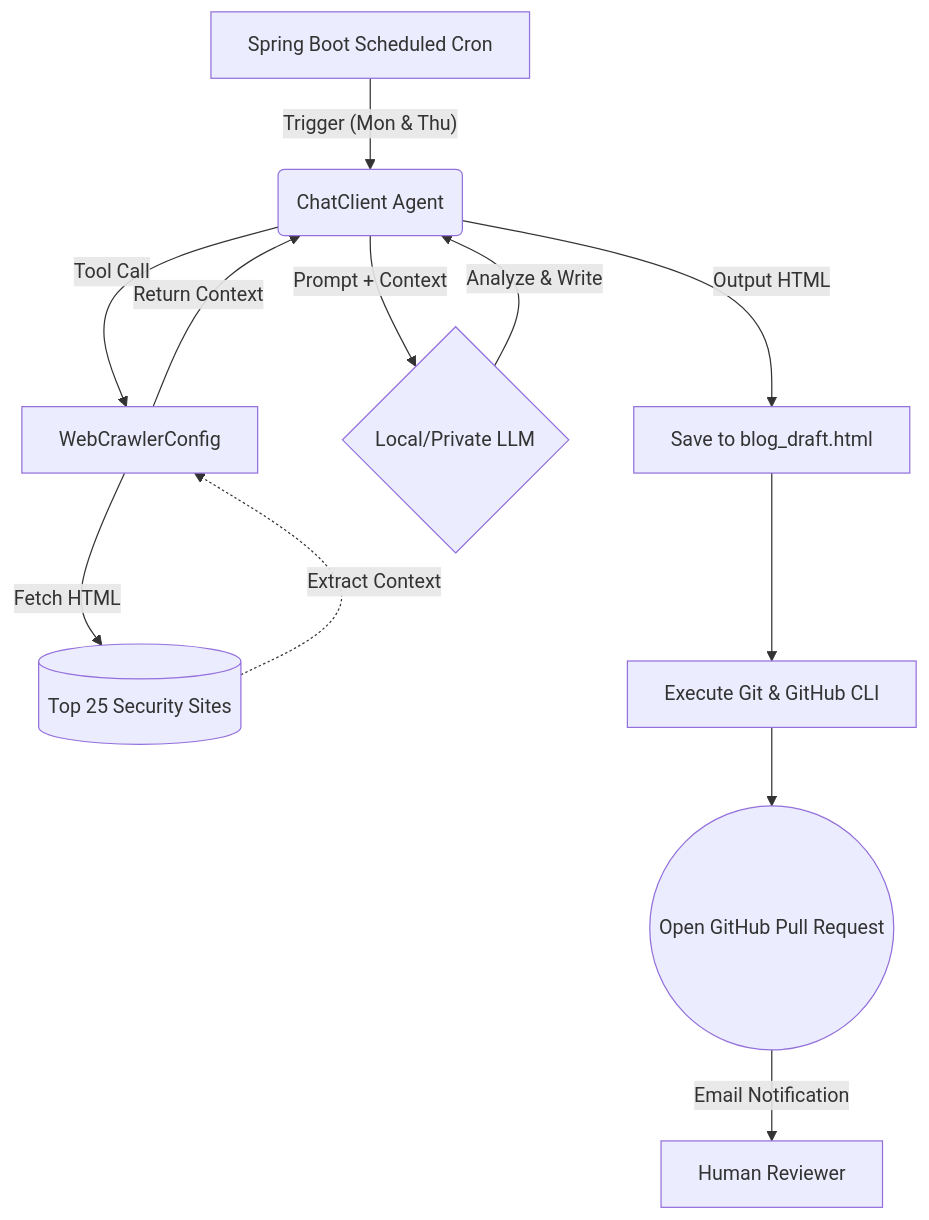
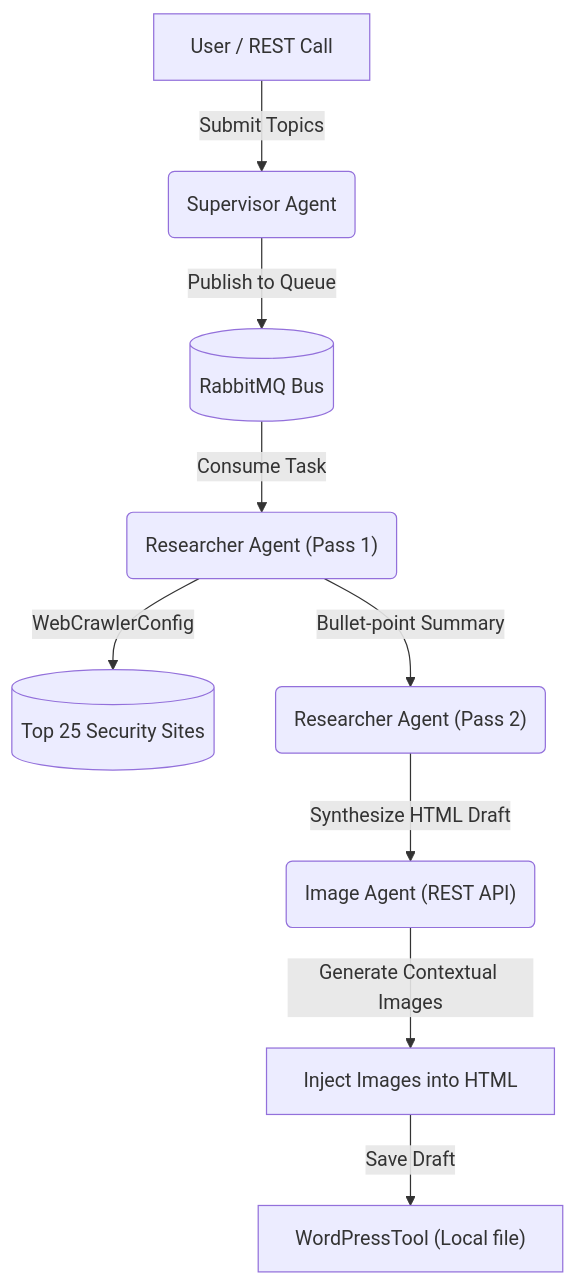
One commit to jsoehner/spring-ai-blog-agent changed the diagram in README.md. Above: the diagram before and after it, drawn with Mermaid. The commit also changed other lines of this file and 13 other files, not shown here.

````diff
--- a/README.md
+++ b/README.md
@@ -13,14 +13,11 @@
 ```mermaid
 graph TD
-    A["Spring Boot Scheduled Cron"] -->|"Trigger (Mon & Thu)"| B("ChatClient Agent")
-    B -->|"Tool Call"| C["WebCrawlerConfig"]
-    C -->|"Fetch HTML"| D[("Top 25 Security Sites")]
-    D -.->|"Extract Context"| C
-    C -->|"Return Context"| B
-    B -->|"Prompt + Context"| E{"Local/Private LLM"}
-    E -->|"Analyze & Write"| B
-    B -->|"Output HTML"| F["Save to blog_draft.html"]
-    F --> G["Execute Git & GitHub CLI"]
-    G --> H(("Open GitHub Pull Request"))
-    H -->|"Email Notification"| I["Human Reviewer"]
+    A["User / REST Call"] -->|"Submit Topics"| B("Supervisor Agent")
+    B -->|"Publish to Queue"| C[("RabbitMQ Bus")]
+    C -->|"Consume Task"| D("Researcher Agent (Pass 1)")
+    D -->|"WebCrawlerConfig"| E[("Top 25 Security Sites")]
+    D -->|"Bullet-point Summary"| F("Researcher Agent (Pass 2)")
+    F -->|"Synthesize HTML Draft"| G("Image Agent (REST API)")
+    G -->|"Generate Contextual Images"| H["Inject Images into HTML"]
+    H -->|"Save Draft"| I["WordPressTool (Local file)"]
 ```
````
